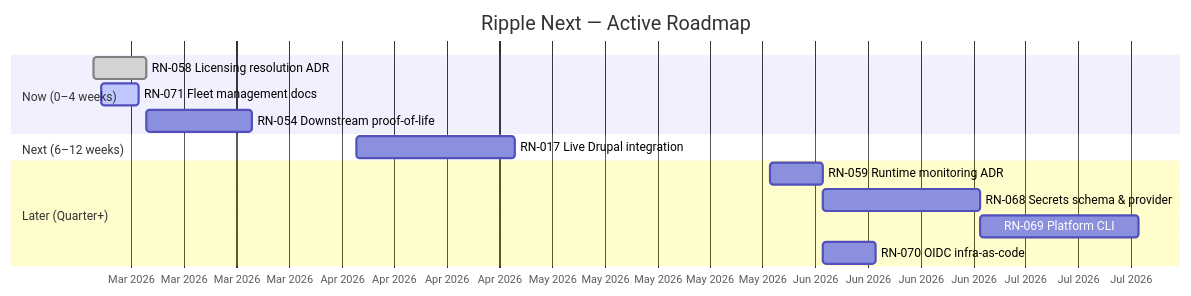
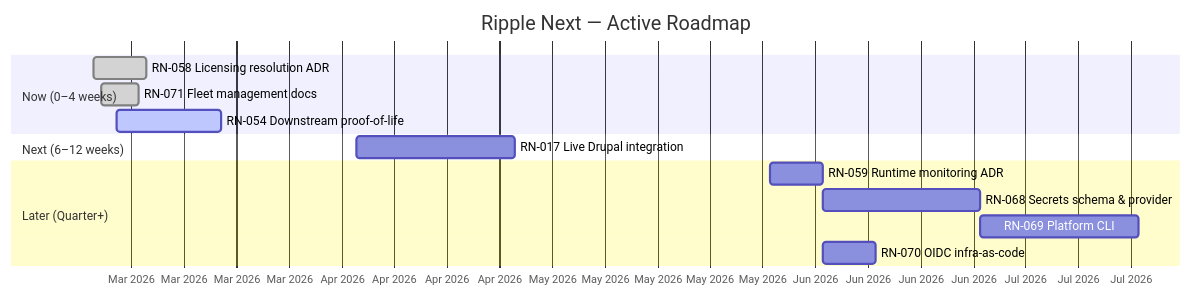
One commit to jbejenar/ripple-next changed the diagram in docs/product-roadmap/README.md. Above: the diagram before and after it, drawn with Mermaid. The commit also changed other lines of this file and 14 other files, not shown here.

First line of the commit message:
feat: RN-054 downstream proof-of-life, RN-071 done, UI publish readiness

````diff
--- a/docs/product-roadmap/README.md
+++ b/docs/product-roadmap/README.md
@@ -16,20 +16,20 @@
 ```mermaid
 gantt
     title Ripple Next — Active Roadmap
     dateFormat YYYY-MM-DD
     axisFormat %b %Y
 
     section Now (0–4 weeks)
     RN-058 Licensing resolution ADR        :done, rn058, 2026-03-03, 7d
-    RN-071 Fleet management docs           :active, rn071, 2026-03-04, 5d
-    RN-054 Downstream proof-of-life        :rn054, 2026-03-10, 14d
+    RN-071 Fleet management docs           :done, rn071, 2026-03-04, 5d
+    RN-054 Downstream proof-of-life        :active, rn054, 2026-03-06, 14d
 
     section Next (6–12 weeks)
     RN-017 Live Drupal integration         :rn017, 2026-04-07, 21d
 
     section Later (Quarter+)
     RN-059 Runtime monitoring ADR          :rn059, 2026-06-01, 7d
     RN-068 Secrets schema & provider       :rn068, 2026-06-08, 21d
     RN-069 Platform CLI                    :rn069, after rn068, 21d
     RN-070 OIDC infra-as-code              :rn070, 2026-06-08, 7d
 ```
````
